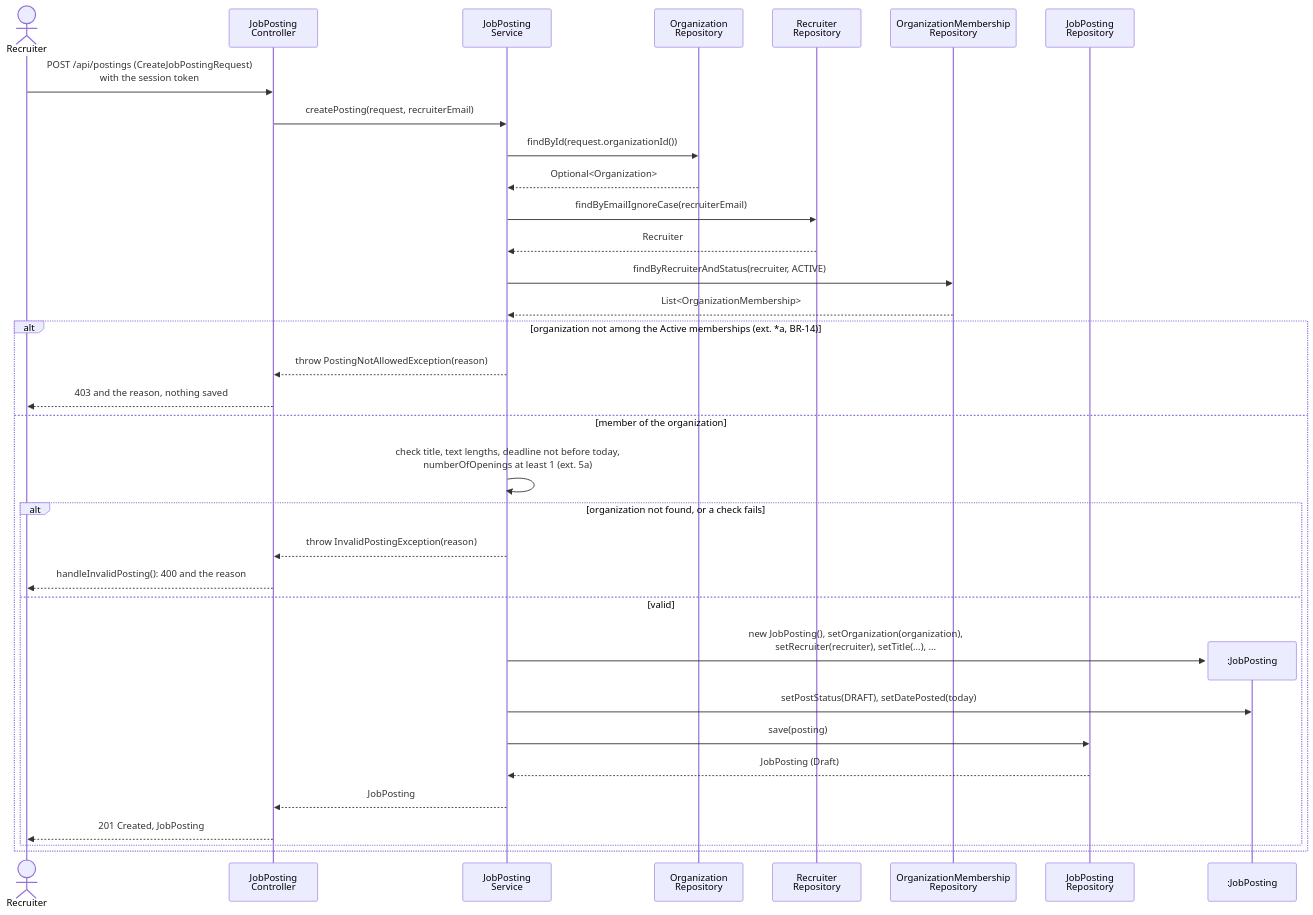
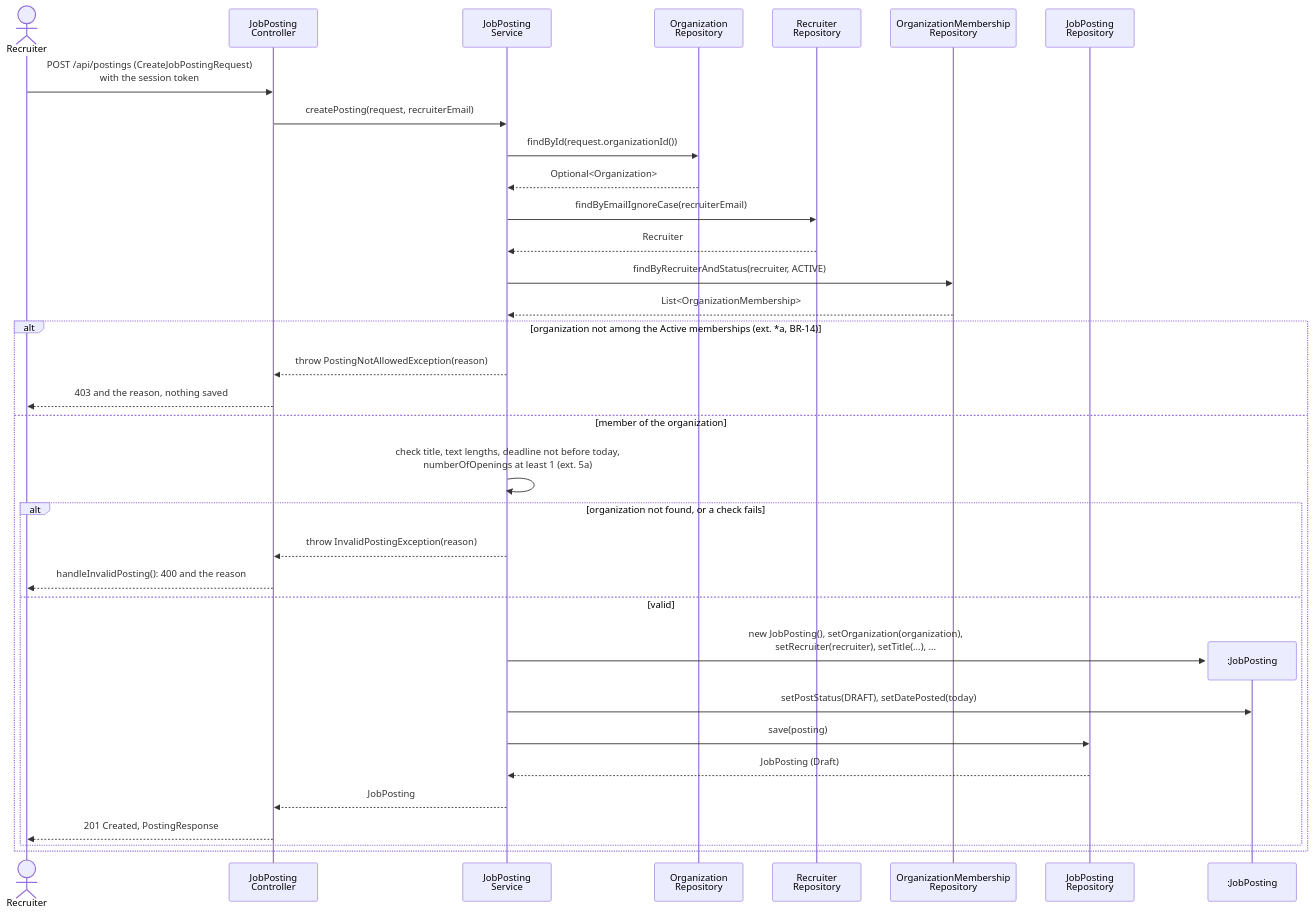
Before and after one commit to berdyshevol/careerbridge-csi5324: the tenth of 17 diagrams in spec/design.md, drawn with Mermaid. The commit also changed other lines of this file and 5 other files, not shown here.

First line of the commit message:
SCRUM-262 Recruiter and administrator posting answers go through PostingResponse

````diff
--- a/spec/design.md
+++ b/spec/design.md
@@ -517,37 +517,37 @@
 ```mermaid
 sequenceDiagram
     actor R as Recruiter
     participant JC as JobPosting<br/>Controller
     participant JS as JobPosting<br/>Service
     participant OR as Organization<br/>Repository
     participant RR as Recruiter<br/>Repository
     participant MR as OrganizationMembership<br/>Repository
     participant JR as JobPosting<br/>Repository
 
     R->>JC: POST /api/postings (CreateJobPostingRequest)<br/>with the session token
     JC->>JS: createPosting(request, recruiterEmail)
     JS->>OR: findById(request.organizationId())
     OR-->>JS: Optional<Organization>
     JS->>RR: findByEmailIgnoreCase(recruiterEmail)
     RR-->>JS: Recruiter
     JS->>MR: findByRecruiterAndStatus(recruiter, ACTIVE)
     MR-->>JS: List<OrganizationMembership>
     alt organization not among the Active memberships (ext. *a, BR-14)
         JS-->>JC: throw PostingNotAllowedException(reason)
         JC-->>R: 403 and the reason, nothing saved
     else member of the organization
         JS->>JS: check title, text lengths, deadline not before today,<br/>numberOfOpenings at least 1 (ext. 5a)
         alt organization not found, or a check fails
             JS-->>JC: throw InvalidPostingException(reason)
             JC-->>R: handleInvalidPosting(): 400 and the reason
         else valid
             create participant P as :JobPosting
             JS->>P: new JobPosting(), setOrganization(organization),<br/>setRecruiter(recruiter), setTitle(...), ...
             JS->>P: setPostStatus(DRAFT), setDatePosted(today)
             JS->>JR: save(posting)
             JR-->>JS: JobPosting (Draft)
             JS-->>JC: JobPosting
-            JC-->>R: 201 Created, JobPosting
+            JC-->>R: 201 Created, PostingResponse
         end
     end
 ```
````
